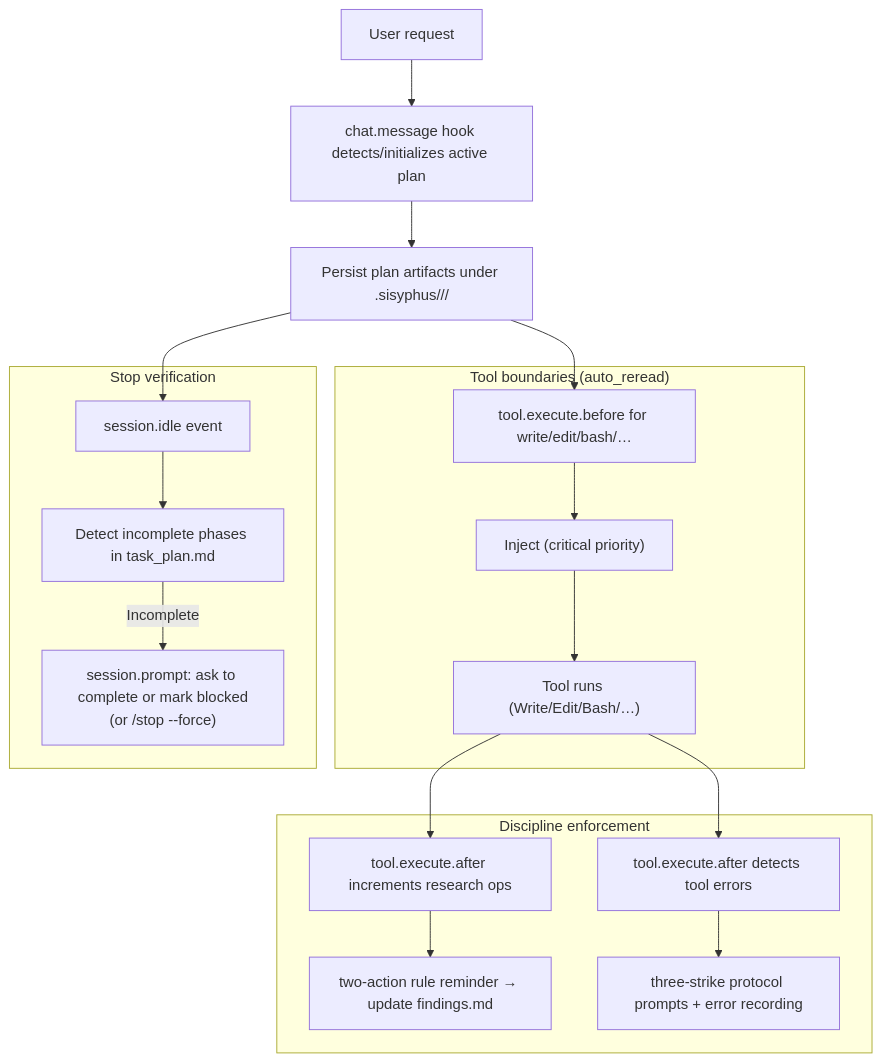
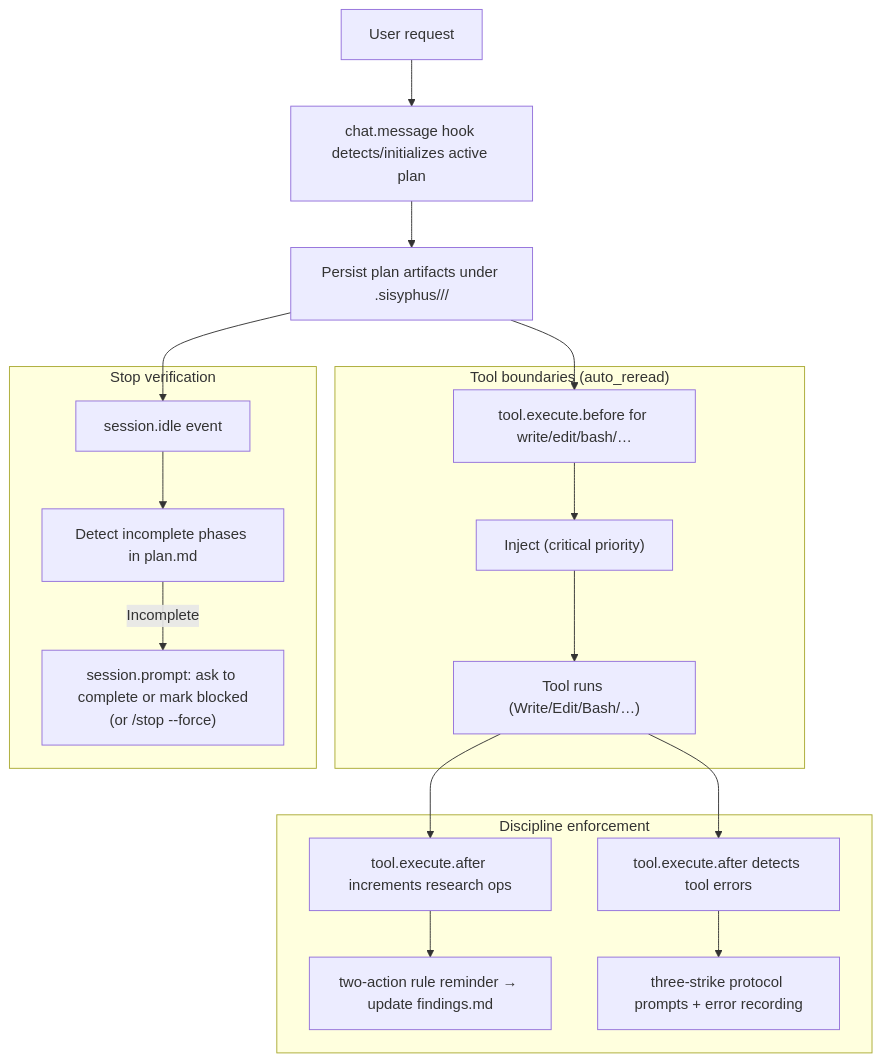
One commit to arcthur/oh-my-opencode changed the first of 2 diagrams in docs/journeys/planning-with-files.md. Above: the diagram before and after it, drawn with Mermaid. The commit also changed other lines of this file and 40 other files, not shown here.

````diff
--- a/docs/journeys/planning-with-files.md
+++ b/docs/journeys/planning-with-files.md
@@ -10,25 +10,25 @@
 ```mermaid
 flowchart TD
   U["User request"] --> CM["chat.message hook detects/initializes active plan"]
   CM --> FS["Persist plan artifacts under .sisyphus/<directory>/<plan>/"]
 
   subgraph ToolBoundary["Tool boundaries (auto_reread)"]
-    TB["tool.execute.before for write/edit/bash/…"] --> INJ["Inject <task-plan-context> (critical priority)"]
+    TB["tool.execute.before for write/edit/bash/…"] --> INJ["Inject <plan-context> (critical priority)"]
     INJ --> TOOL["Tool runs (Write/Edit/Bash/…)"]
   end
 
   subgraph Discipline["Discipline enforcement"]
     TA["tool.execute.after increments research ops"] --> R2["two-action rule reminder → update findings.md"]
     ERR["tool.execute.after detects tool errors"] --> S3["three-strike protocol prompts + error recording"]
   end
 
   subgraph StopGuard["Stop verification"]
-    IDLE["session.idle event"] --> CHECK["Detect incomplete phases in task_plan.md"]
+    IDLE["session.idle event"] --> CHECK["Detect incomplete phases in plan.md"]
     CHECK -->|Incomplete| PROMPT["session.prompt: ask to complete or mark blocked\n(or /stop --force)"]
   end
 
   FS --> TB
   TOOL --> TA
   TOOL --> ERR
   FS --> IDLE
 ```
````
